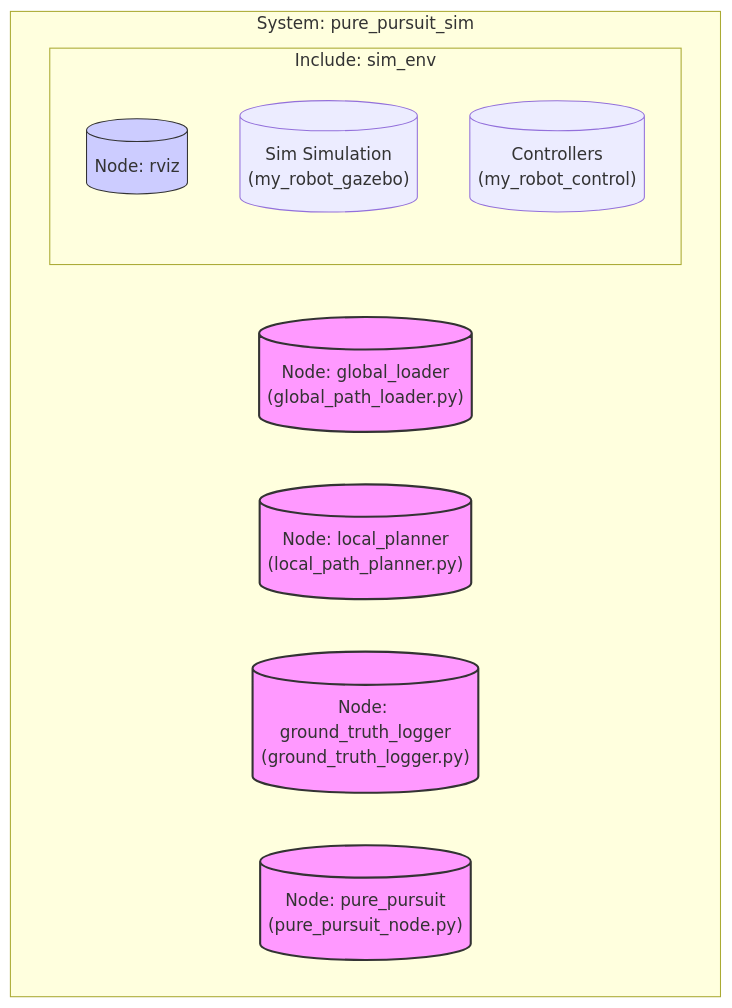
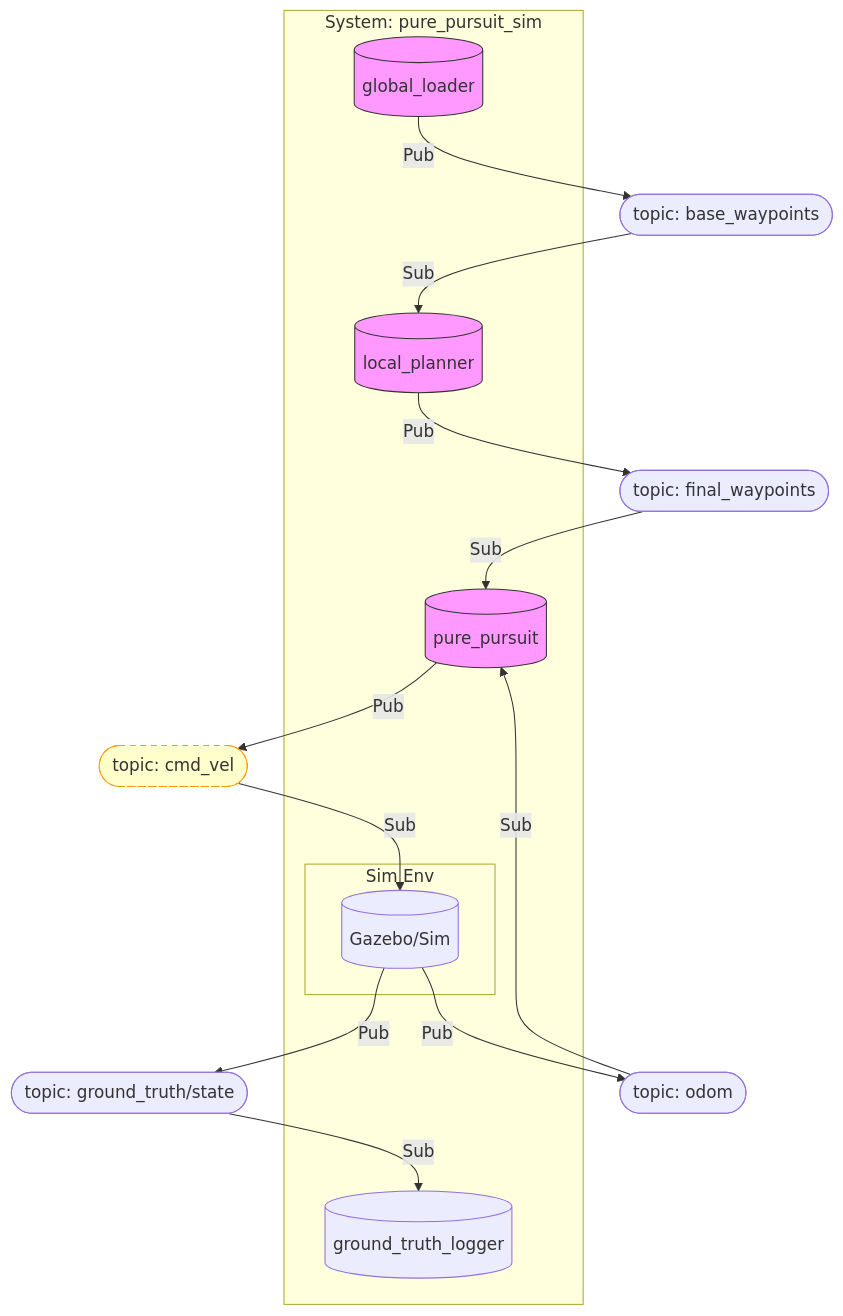
Before and after one commit to xzy2022/ros_ws_ugv: the first of 3 diagrams in architecture copy.md, drawn with Mermaid. The commit also changed other lines of this file and 2 other files, not shown here.

````diff
--- a/architecture copy.md
+++ b/architecture copy.md
@@ -3,25 +3,43 @@
 ```Mermaid
 graph TD
     subgraph "System: pure_pursuit_sim"
-        %% Nodes defined in the main launch file
-        GL[("Node: global_loader<br>(global_path_loader.py)")]
-        LP[("Node: local_planner<br>(local_path_planner.py)")]
-        GTL[("Node: ground_truth_logger<br>(ground_truth_logger.py)")]
-        PP[("Node: pure_pursuit<br>(pure_pursuit_node.py)")]
+        %% Nodes
+        GL[("global_loader")]
+        LP[("local_planner")]
+        PP[("pure_pursuit")]
+        GTL[("ground_truth_logger")]
         
-        %% Nodes from included Sim Env
-        subgraph "Include: sim_env"
-            RVIZ[("Node: rviz")]
-            %% Included logic placeholders
-            GAZ[("Sim Simulation<br>(my_robot_gazebo)")]
-            CTRL[("Controllers<br>(my_robot_control)")]
+        subgraph "Sim Env"
+            GAZ[("Gazebo/Sim")]
         end
     end
 
+    %% Topics (Defined in global_params.yaml)
+    T_BASE([topic: base_waypoints])
+    T_FINAL([topic: final_waypoints])
+    T_CMD([topic: cmd_vel])
+    T_GT([topic: ground_truth/state])
+    T_ODOM([topic: odom])
+
+    %% Connections (Inferred from standard logic + yaml)
+    GL -->|Pub| T_BASE
+    T_BASE -->|Sub| LP
+    
+    LP -->|Pub| T_FINAL
+    T_FINAL -->|Sub| PP
+    
+    PP -->|Pub| T_CMD
+    T_CMD -->|Sub| GAZ
+    
+    GAZ -->|Pub| T_GT
+    T_GT -->|Sub| GTL
+    
+    GAZ -->|Pub| T_ODOM
+    T_ODOM -->|Sub| PP
+
     %% Styling
-    style GL fill:#f9f,stroke:#333,stroke-width:2px
-    style LP fill:#f9f,stroke:#333,stroke-width:2px
-    style GTL fill:#f9f,stroke:#333,stroke-width:2px
-    style PP fill:#f9f,stroke:#333,stroke-width:2px
-    style RVIZ fill:#ccf,stroke:#333,stroke-width:1px
+    style GL fill:#f9f,stroke:#333
+    style LP fill:#f9f,stroke:#333
+    style PP fill:#f9f,stroke:#333
+    style T_CMD fill:#ffc,stroke:#f90,stroke-dasharray: 5 5
 ```
````
